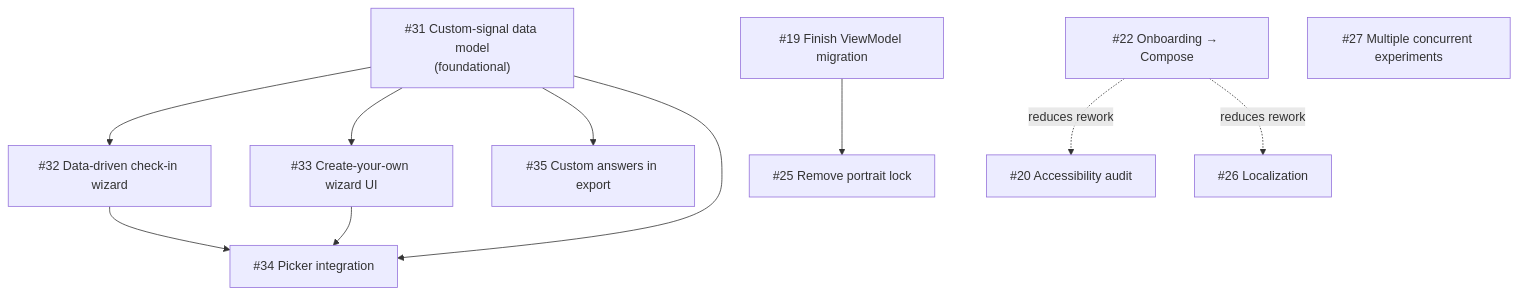
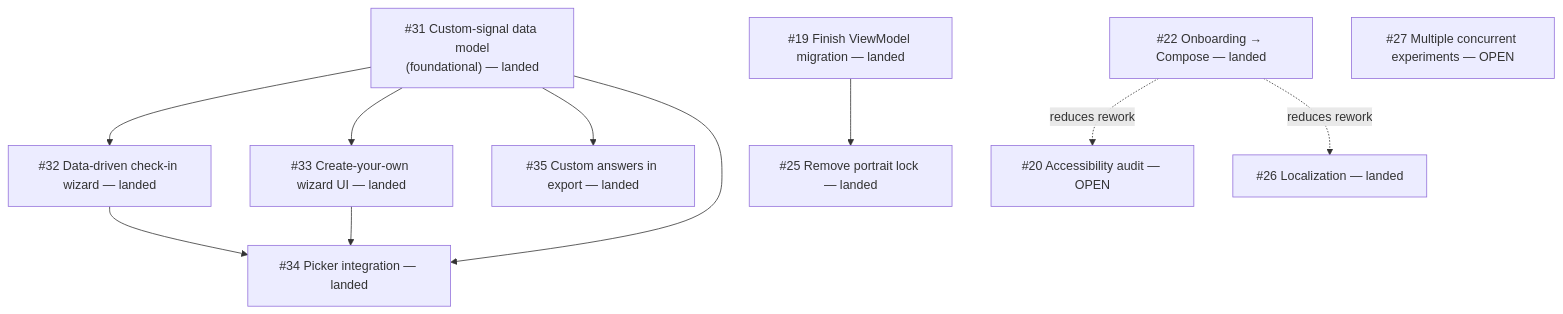
Before and after one commit to hoseasiu/AffectiveComputingQuantifyMeAndroid: the diagram in AGENT_PLANS/DEPENDENCIES.md, drawn with Mermaid. The commit also changed other lines of this file and 6 other files, not shown here.

````diff
--- a/AGENT_PLANS/DEPENDENCIES.md
+++ b/AGENT_PLANS/DEPENDENCIES.md
@@ -20,24 +27,24 @@
 ```mermaid
 graph TD
-    I31["#31 Custom-signal data model<br/>(foundational)"]
-    I32["#32 Data-driven check-in wizard"]
-    I33["#33 Create-your-own wizard UI"]
-    I34["#34 Picker integration"]
-    I35["#35 Custom answers in export"]
-    I19["#19 Finish ViewModel migration"]
-    I25["#25 Remove portrait lock"]
-    I22["#22 Onboarding → Compose"]
-    I20["#20 Accessibility audit"]
-    I26["#26 Localization"]
-    I27["#27 Multiple concurrent experiments"]
+    I31["#31 Custom-signal data model<br/>(foundational) — landed"]
+    I32["#32 Data-driven check-in wizard — landed"]
+    I33["#33 Create-your-own wizard UI — landed"]
+    I34["#34 Picker integration — landed"]
+    I35["#35 Custom answers in export — landed"]
+    I19["#19 Finish ViewModel migration — landed"]
+    I25["#25 Remove portrait lock — landed"]
+    I22["#22 Onboarding → Compose — landed"]
+    I20["#20 Accessibility audit — OPEN"]
+    I26["#26 Localization — landed"]
+    I27["#27 Multiple concurrent experiments — OPEN"]
 
     I31 --> I32
     I31 --> I33
     I31 --> I35
     I31 --> I34
     I32 --> I34
     I33 --> I34
     I19 --> I25
     I22 -.->|"reduces rework"| I20
     I22 -.->|"reduces rework"| I26
 ```
````
